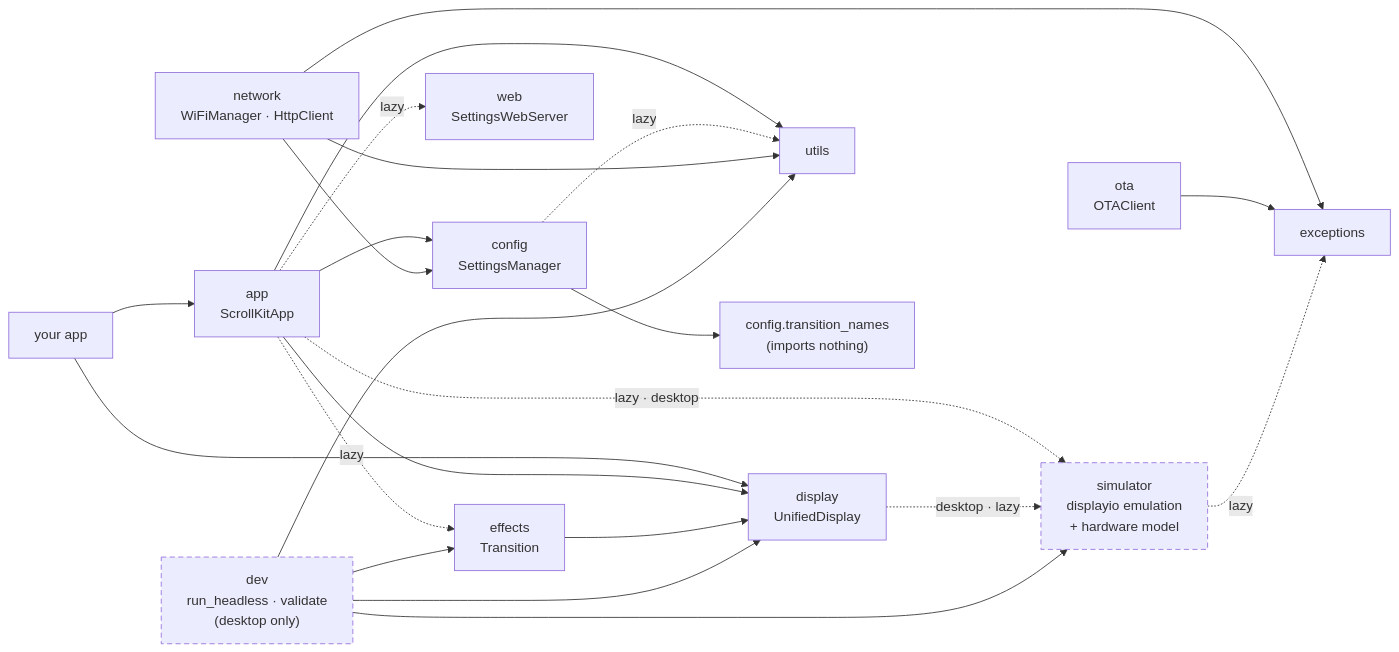
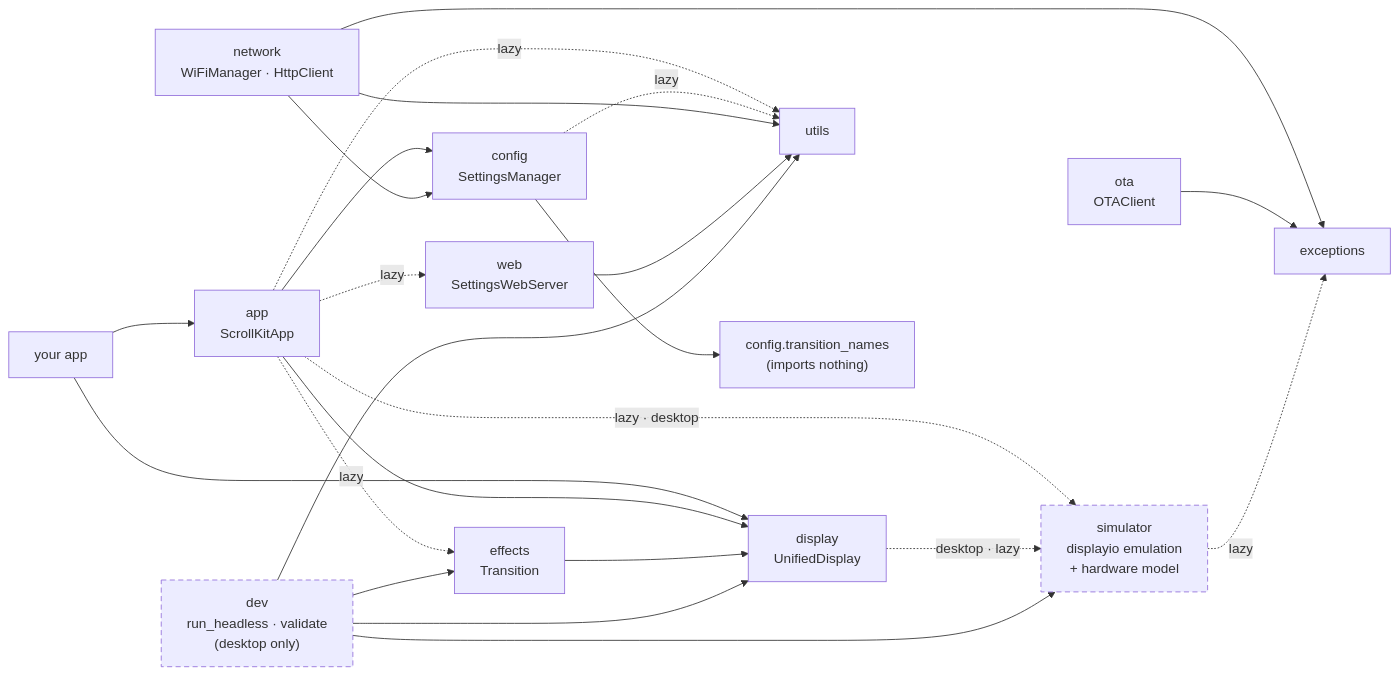
The second of 2 diagrams in docs/guide/architecture.md (czei/scrollkit), drawn with Mermaid before and after one commit. The commit also changed other lines of this file and 16 other files, not shown here.

````diff
--- a/docs/guide/architecture.md
+++ b/docs/guide/architecture.md
@@ -49,32 +50,33 @@
 ```mermaid
 flowchart LR
     yourapp["your app"] --> app
     yourapp --> display
 
     app["app<br/>ScrollKitApp"] --> display["display<br/>UnifiedDisplay"]
     app --> config["config<br/>SettingsManager"]
-    app --> utils["utils"]
+    app -.->|lazy| utils["utils"]
     app -.->|lazy| effects["effects<br/>Transition"]
     app -.->|lazy| web["web<br/>SettingsWebServer"]
     app -.->|lazy · desktop| simulator
 
     effects --> display
     display -.->|desktop · lazy| simulator["simulator<br/>displayio emulation<br/>+ hardware model"]
 
     config -.->|lazy| utils
     config --> names["config.transition_names<br/>(imports nothing)"]
 
     network["network<br/>WiFiManager · HttpClient"] --> config
     network --> utils
     network --> exceptions["exceptions"]
     ota["ota<br/>OTAClient"] --> exceptions
     simulator -.->|lazy| exceptions
+    web --> utils
 
     dev["dev<br/>run_headless · validate<br/>(desktop only)"] --> display
     dev --> effects
     dev --> simulator
     dev --> utils
 
     classDef desktop stroke-dasharray:6 4;
     class dev,simulator desktop;
 ```
````
